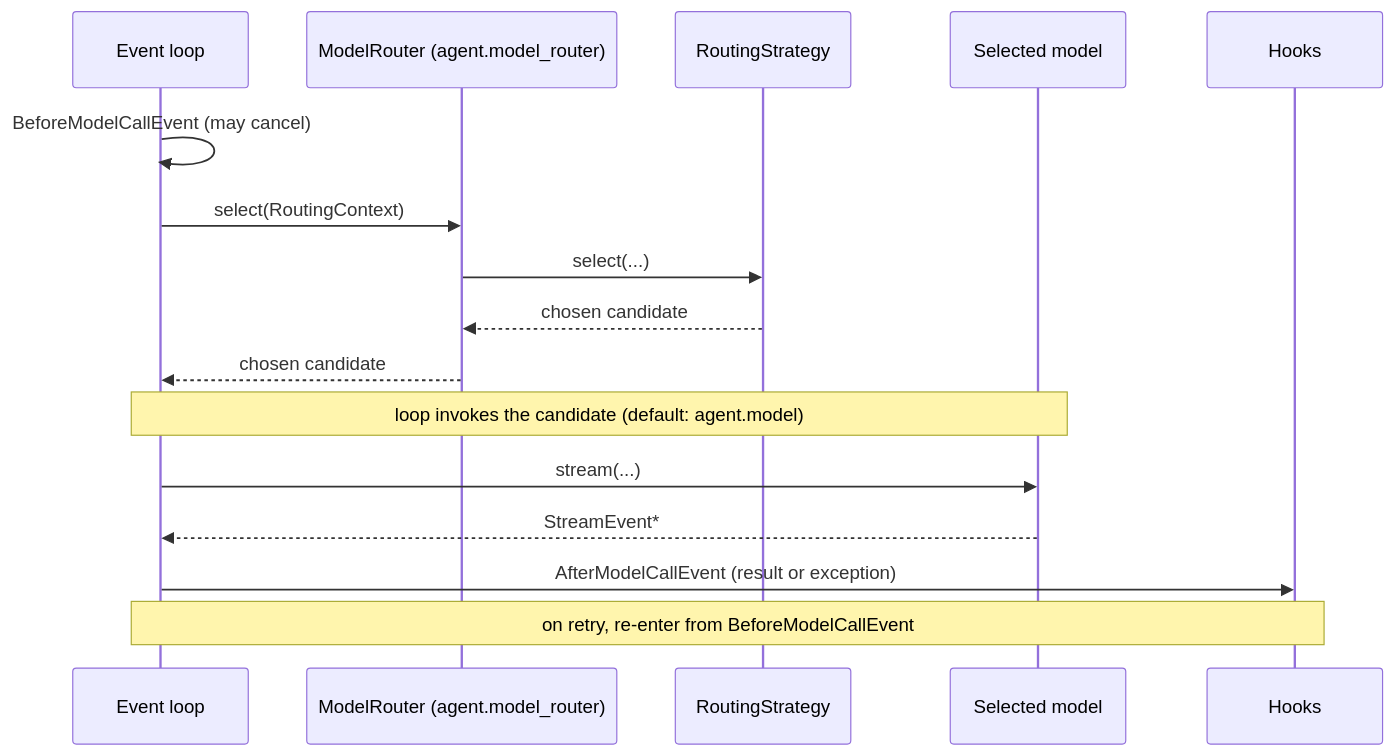
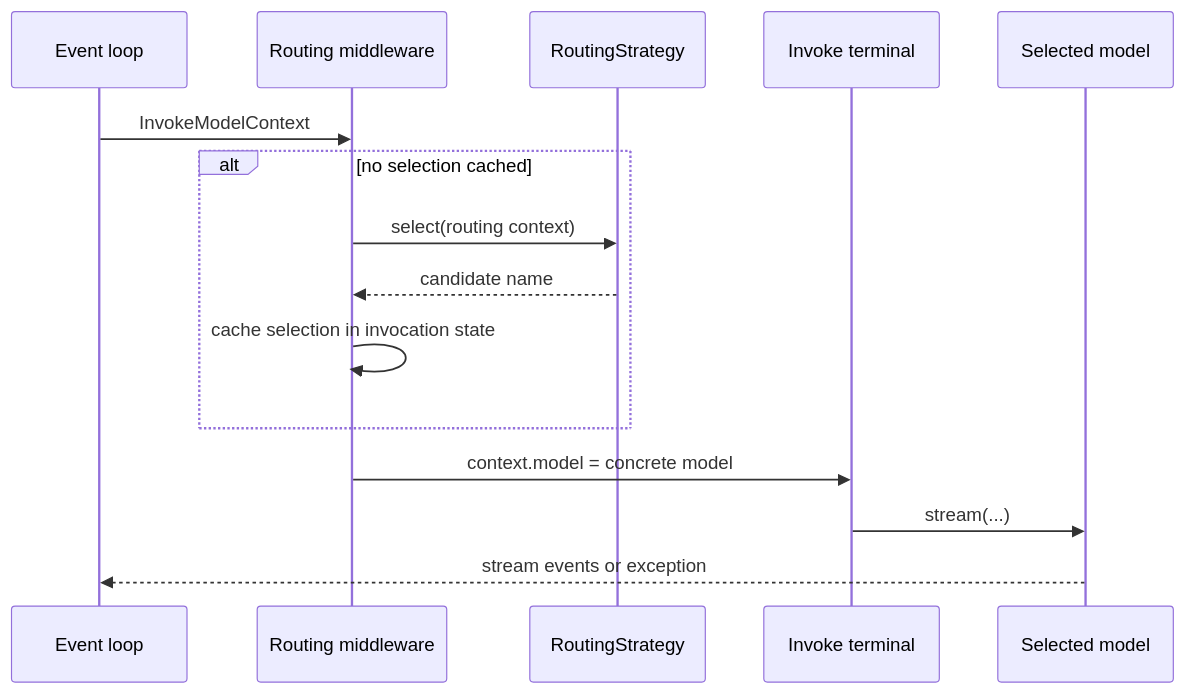
One commit to strands-agents/sdk-python changed the diagram in team/designs/0015-model-routing.md. Above: the diagram before and after it, drawn with Mermaid. The commit also changed other lines of this file, not shown here.

Commit message:
docs(model-routing): Finalize routing design

````diff
--- a/team/designs/0015-model-routing.md
+++ b/team/designs/0015-model-routing.md
@@ -190,19 +73,18 @@
 ```mermaid
 sequenceDiagram
     participant EL as Event loop
-    participant R as ModelRouter (agent.model_router)
+    participant MW as Routing middleware
     participant S as RoutingStrategy
+    participant T as Invoke terminal
     participant M as Selected model
-    participant H as Hooks
 
-    EL->>EL: BeforeModelCallEvent (may cancel)
-    EL->>R: select(RoutingContext)
-    R->>S: select(...)
-    S-->>R: chosen candidate
-    R-->>EL: chosen candidate
-    Note over EL,M: loop invokes the candidate (default: agent.model)
-    EL->>M: stream(...)
-    M-->>EL: StreamEvent*
-    EL->>H: AfterModelCallEvent (result or exception)
-    Note over EL,H: on retry, re-enter from BeforeModelCallEvent
+    EL->>MW: InvokeModelContext
+    alt no selection cached
+        MW->>S: select(routing context)
+        S-->>MW: candidate name
+        MW->>MW: cache selection in invocation state
+    end
+    MW->>T: context.model = concrete model
+    T->>M: stream(...)
+    M-->>EL: stream events or exception
 ```
````
